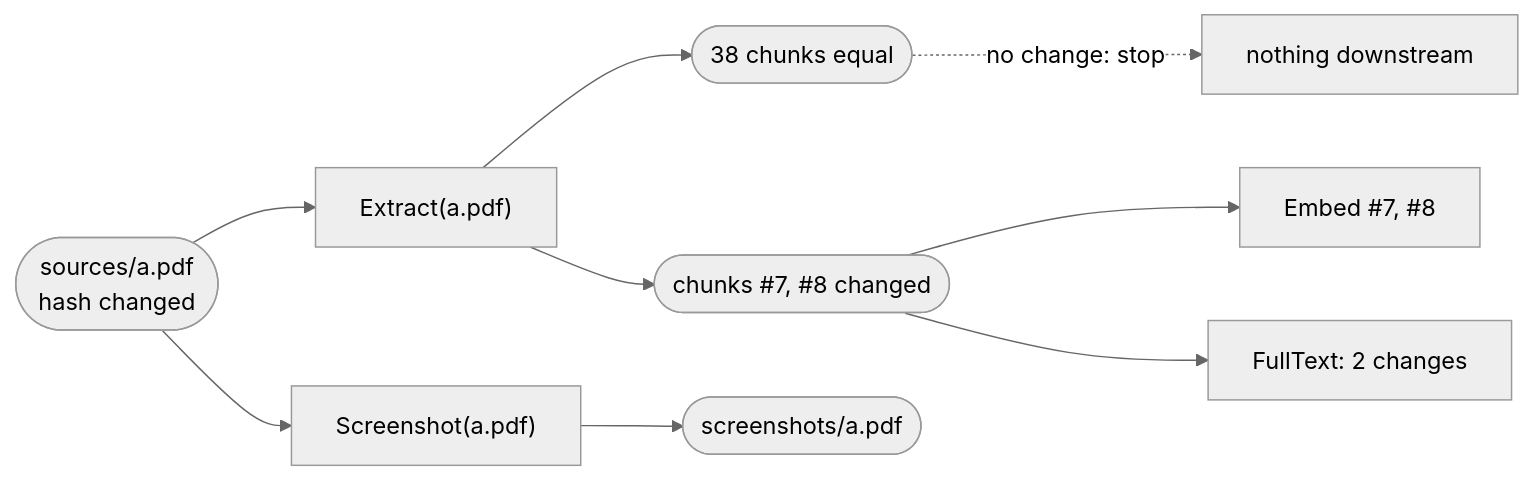
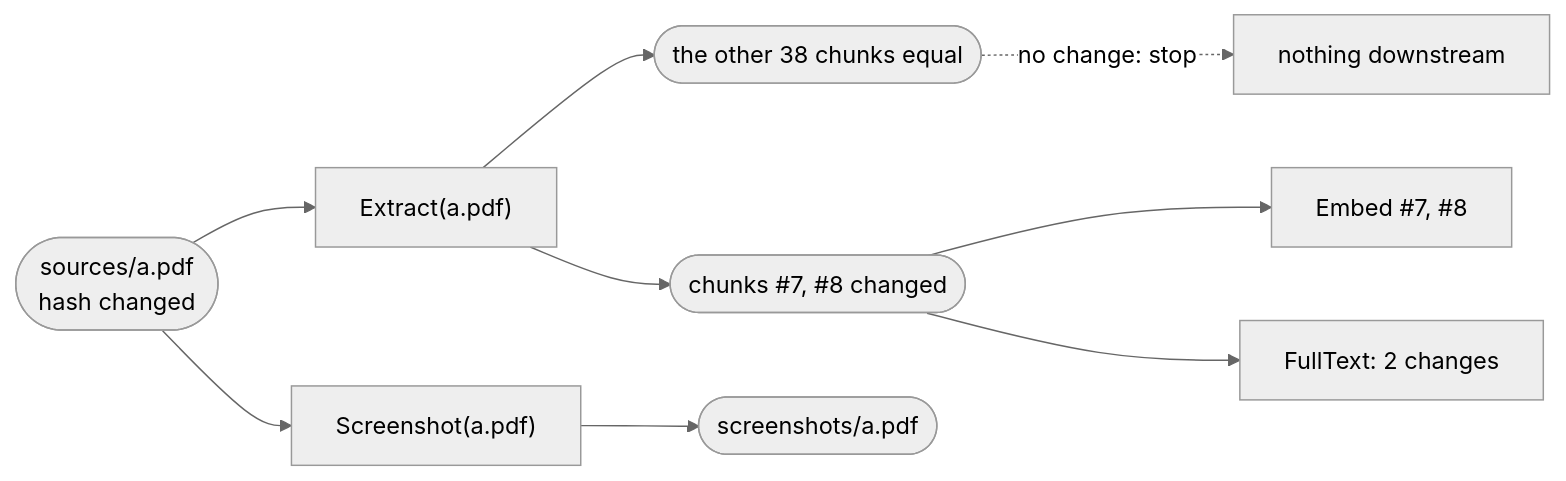
The second of 2 diagrams in packages/webrun-builder/docs/use-case-reindexing.md (statewalker/webrun-sites), drawn with Mermaid (neutral theme) before and after one commit. The commit also changed other lines of this file, not shown here.

First line of the commit message:
docs(webrun-builder): use case corrections from review (guarded polling, paragraph chunks, attempts, clearing the full-text index, project scans)

````diff
--- a/packages/webrun-builder/docs/use-case-reindexing.md
+++ b/packages/webrun-builder/docs/use-case-reindexing.md
@@ -215,11 +232,11 @@
 ```mermaid
 flowchart LR
   src(["sources/a.pdf<br/>hash changed"]) --> ex["Extract(a.pdf)"]
   src --> sh["Screenshot(a.pdf)"]
-  ex --> same(["38 chunks equal"])
+  ex --> same(["the other 38 chunks equal"])
   same -. "no change: stop" .-> stop["nothing downstream"]
   ex --> changed(["chunks #35;7, #35;8 changed"])
   changed --> em["Embed #35;7, #35;8"]
   changed --> ftx["FullText: 2 changes"]
   sh --> png(["screenshots/a.pdf"])
 ```
````
